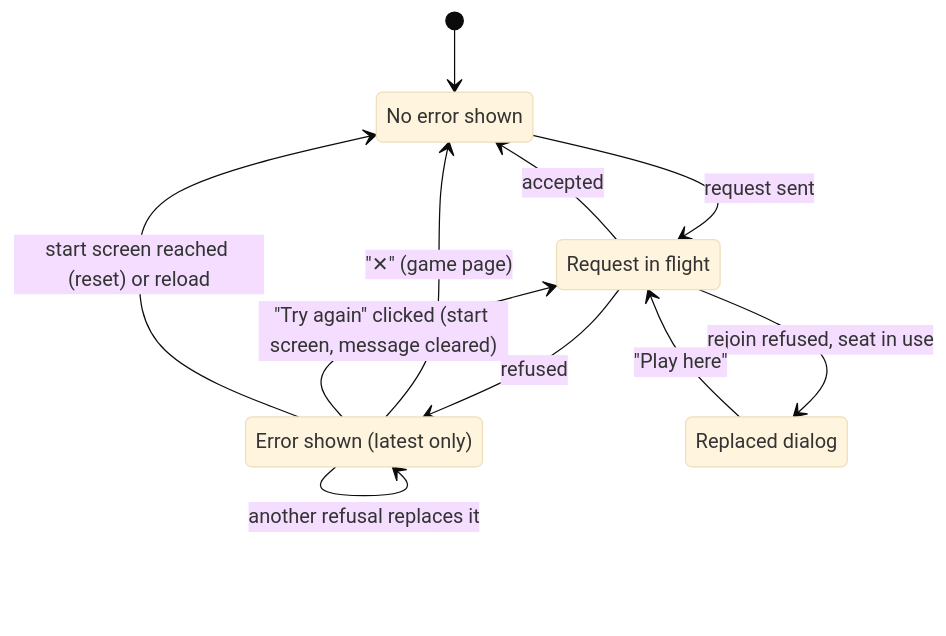
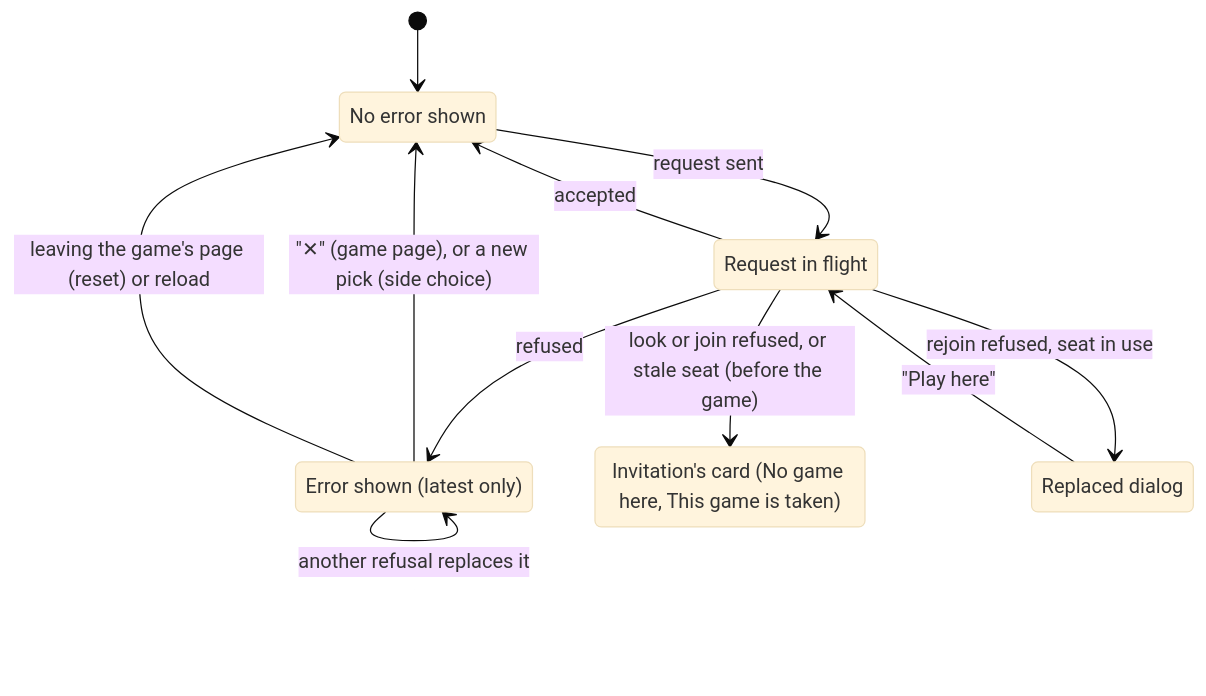
Before and after one commit to howard36/3d-chess: the diagram in product-description/cross-cutting/error-messages.md, drawn with Mermaid (base theme). The commit also changed other lines of this file and 38 other files, not shown here.

````diff
--- a/product-description/cross-cutting/error-messages.md
+++ b/product-description/cross-cutting/error-messages.md
@@ -33,17 +35,18 @@
 ```mermaid
 stateDiagram-v2
     state "No error shown" as clear
     state "Request in flight" as flight
     state "Error shown (latest only)" as shown
+    state "Invitation's card (No game here, This game is taken)" as card
     state "Replaced dialog" as replaced
     [*] --> clear
     clear --> flight : request sent
     flight --> clear : accepted
     flight --> shown : refused
+    flight --> card : look or join refused, or stale seat (before the game)
     flight --> replaced : rejoin refused, seat in use
-    shown --> clear : "✕" (game page)
-    shown --> flight : "Try again" clicked (start screen, message cleared)
+    shown --> clear : "✕" (game page), or a new pick (side choice)
     shown --> shown : another refusal replaces it
-    shown --> clear : start screen reached (reset) or reload
+    shown --> clear : leaving the game's page (reset) or reload
     replaced --> flight : "Play here"
 ```
````
